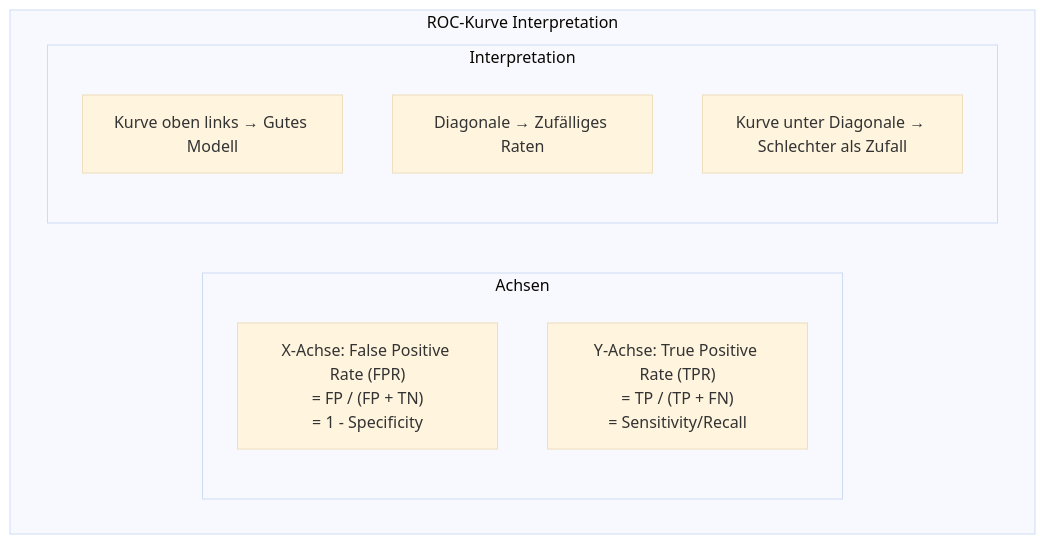
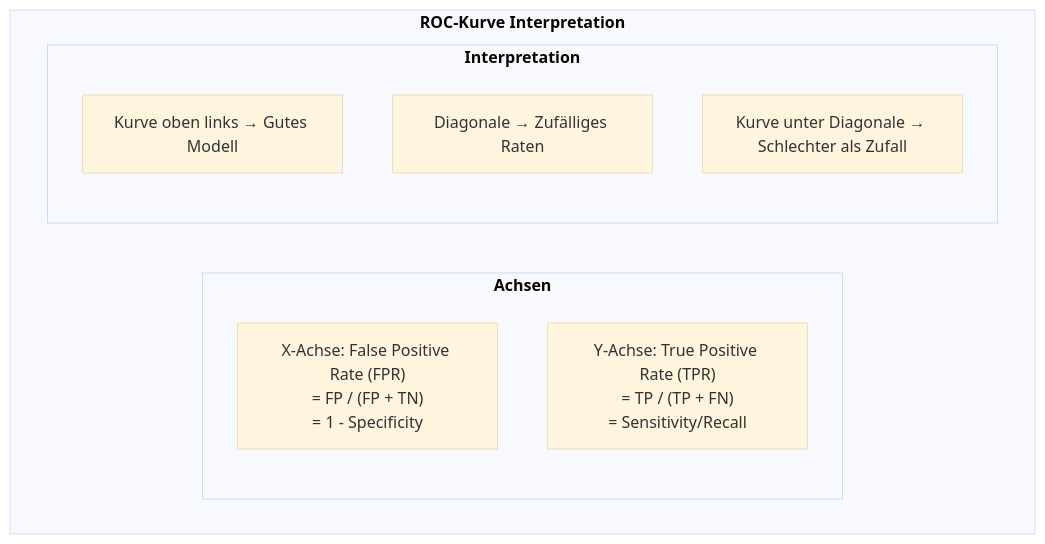
Before and after one commit to ralf-42/ML_Intro: the fourth of 8 diagrams in docs/concepts/evaluate/bewertung_klassifizierung.md, drawn with Mermaid (base theme). The commit also changed other lines of this file, not shown here.

````diff
--- a/docs/concepts/evaluate/bewertung_klassifizierung.md
+++ b/docs/concepts/evaluate/bewertung_klassifizierung.md
@@ -355,15 +355,15 @@
 ```mermaid
 flowchart TB
-    subgraph roc["ROC-Kurve Interpretation"]
-        subgraph axes["Achsen"]
+    subgraph roc["<b>ROC-Kurve Interpretation"]
+        subgraph axes["<b>Achsen"]
             X["X-Achse: False Positive Rate (FPR)<br/>= FP / (FP + TN)<br/>= 1 - Specificity"]
             Y["Y-Achse: True Positive Rate (TPR)<br/>= TP / (TP + FN)<br/>= Sensitivity/Recall"]
         end
         
-        subgraph interpretation["Interpretation"]
+        subgraph interpretation["<b>Interpretation"]
             I1["Kurve oben links → Gutes Modell"]
             I2["Diagonale → Zufälliges Raten"]
             I3["Kurve unter Diagonale → Schlechter als Zufall"]
         end
     end
 ```
````
